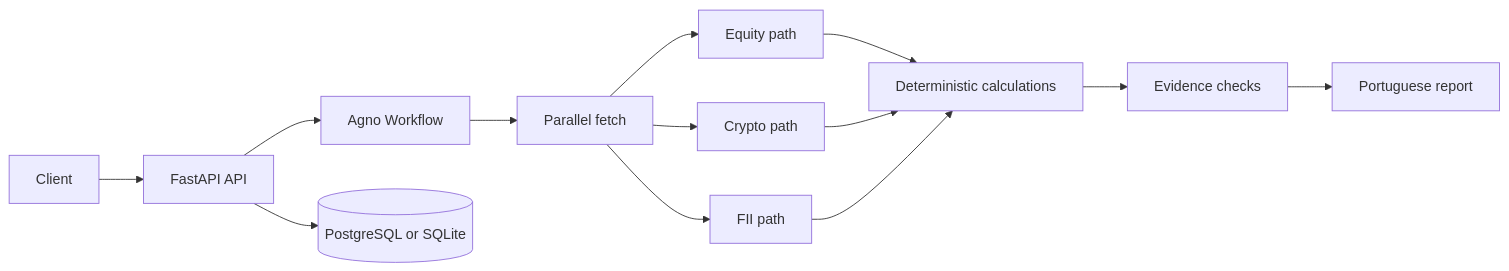
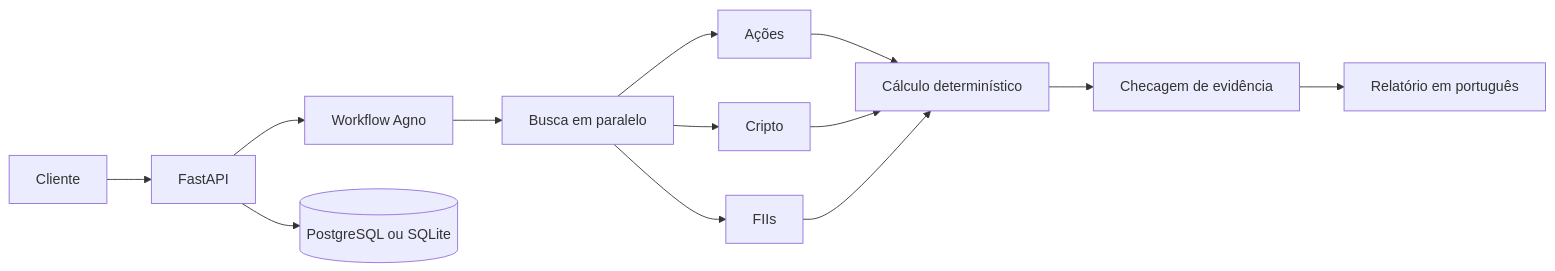
Before and after one commit to mrdouglasmorais/AssetMind-AI: the diagram in README.md, drawn with Mermaid. The commit also changed other lines of this file and 3 other files, not shown here.

````diff
--- a/README.md
+++ b/README.md
@@ -28,15 +45,15 @@
 ```mermaid
 flowchart LR
-    client[Client] --> api[FastAPI API]
-    api --> workflow[Agno Workflow]
-    workflow --> fetch[Parallel fetch]
-    fetch --> equity[Equity path]
-    fetch --> crypto[Crypto path]
-    fetch --> fii[FII path]
-    equity --> calc[Deterministic calculations]
+    client[Cliente] --> api[FastAPI]
+    api --> workflow[Workflow Agno]
+    workflow --> fetch[Busca em paralelo]
+    fetch --> equity[Ações]
+    fetch --> crypto[Cripto]
+    fetch --> fii[FIIs]
+    equity --> calc[Cálculo determinístico]
     crypto --> calc
     fii --> calc
-    calc --> verify[Evidence checks]
-    verify --> report[Portuguese report]
-    api --> db[(PostgreSQL or SQLite)]
+    calc --> verify[Checagem de evidência]
+    verify --> report[Relatório em português]
+    api --> db[(PostgreSQL ou SQLite)]
 ```
````
